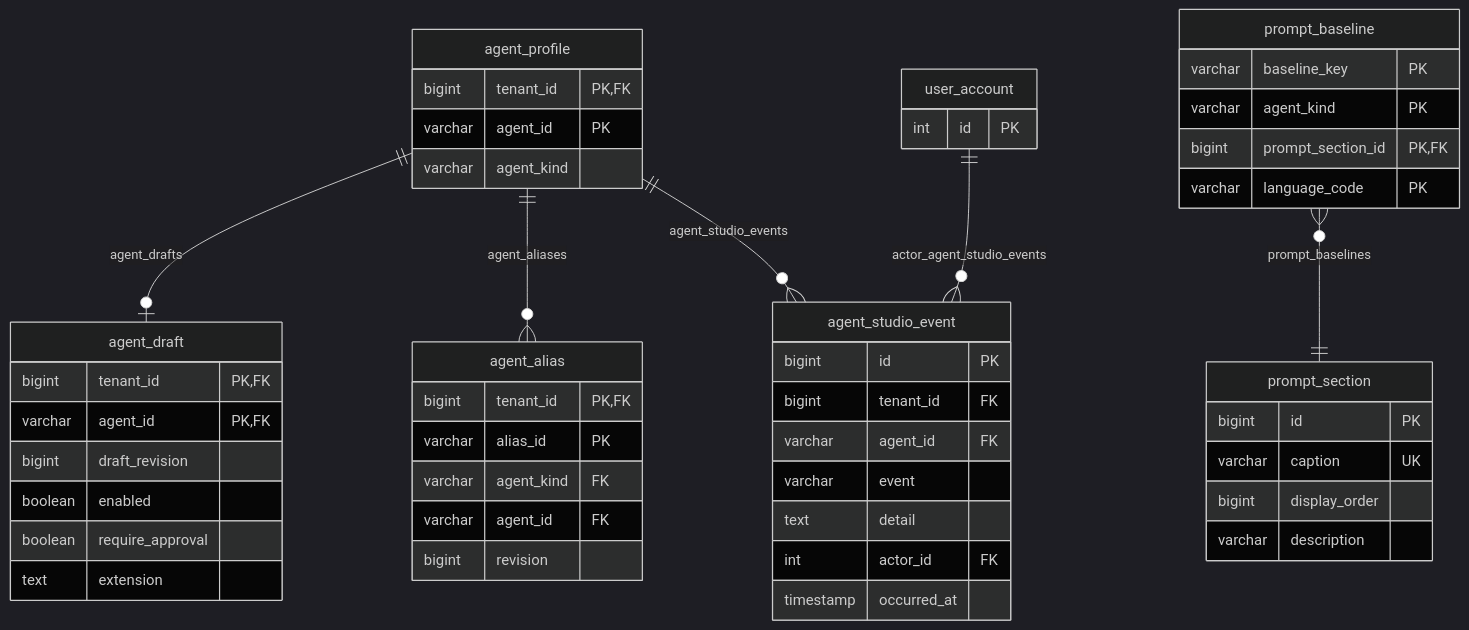
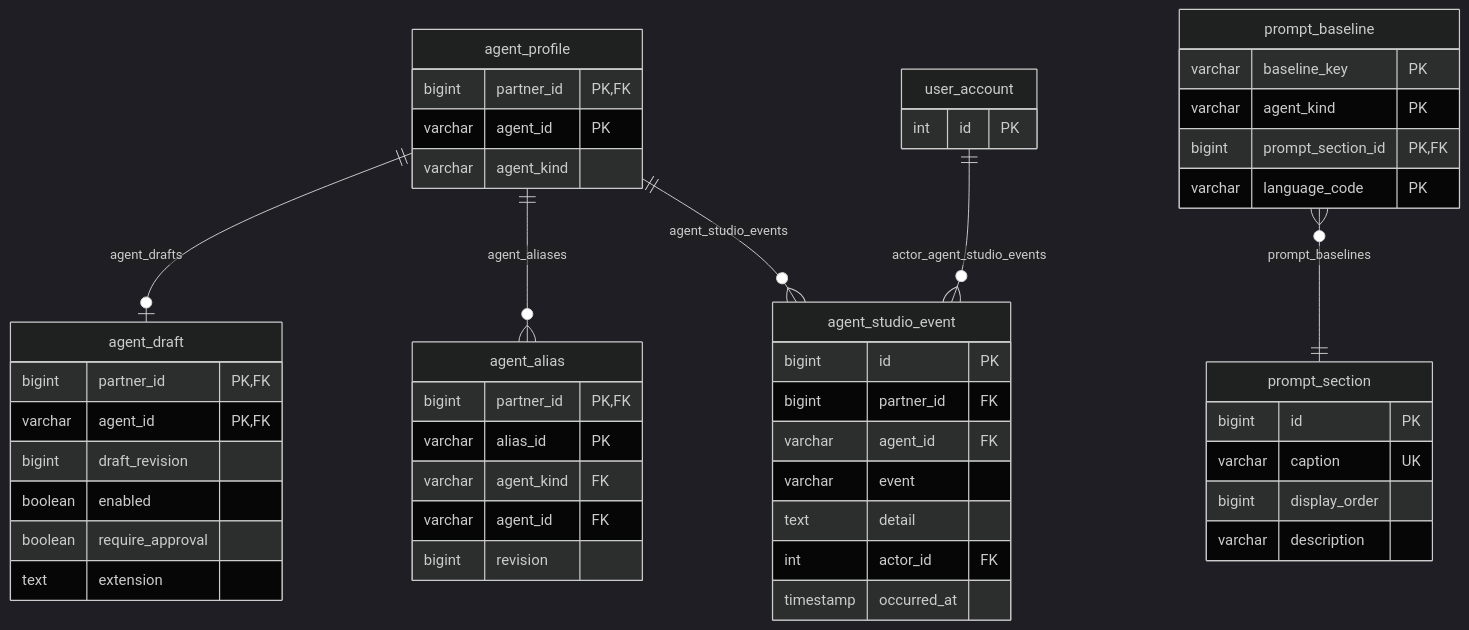
Before and after one commit to nauticana/scout: the sixth of 18 diagrams in doc/database.md, drawn with Mermaid (dark theme). The commit also changed other lines of this file and 163 other files, not shown here.

Commit message:
Partner-scoped tenant tables, a registration catalog, tenant-aware tool listing

````diff
--- a/doc/database.md
+++ b/doc/database.md
@@ -711,53 +712,53 @@
 ```mermaid
 erDiagram
     agent_profile ||--o| agent_draft : agent_drafts
     agent_profile ||--o{ agent_alias : agent_aliases
     prompt_baseline }o--|| prompt_section : prompt_baselines
     agent_profile ||--o{ agent_studio_event : agent_studio_events
     user_account ||--o{ agent_studio_event : actor_agent_studio_events
 
     user_account {
         int id PK
     }
     agent_studio_event {
         bigint id PK
-        bigint tenant_id FK
+        bigint partner_id FK
         varchar agent_id FK
         varchar event
         text detail
         int actor_id FK
         timestamp occurred_at
     }
     agent_profile {
-        bigint tenant_id PK,FK
+        bigint partner_id PK,FK
         varchar agent_id PK
         varchar agent_kind
     }
     agent_draft {
-        bigint tenant_id PK,FK
+        bigint partner_id PK,FK
         varchar agent_id PK,FK
         bigint draft_revision
         boolean enabled
         boolean require_approval
         text extension
     }
     agent_alias {
-        bigint tenant_id PK,FK
+        bigint partner_id PK,FK
         varchar alias_id PK
         varchar agent_kind FK
         varchar agent_id FK
         bigint revision
     }
     prompt_section {
         bigint id PK
         varchar caption UK
         bigint display_order
         varchar description
     }
     prompt_baseline {
         varchar baseline_key PK
         varchar agent_kind PK
         bigint prompt_section_id PK,FK
         varchar language_code PK
     }
 ```
````
